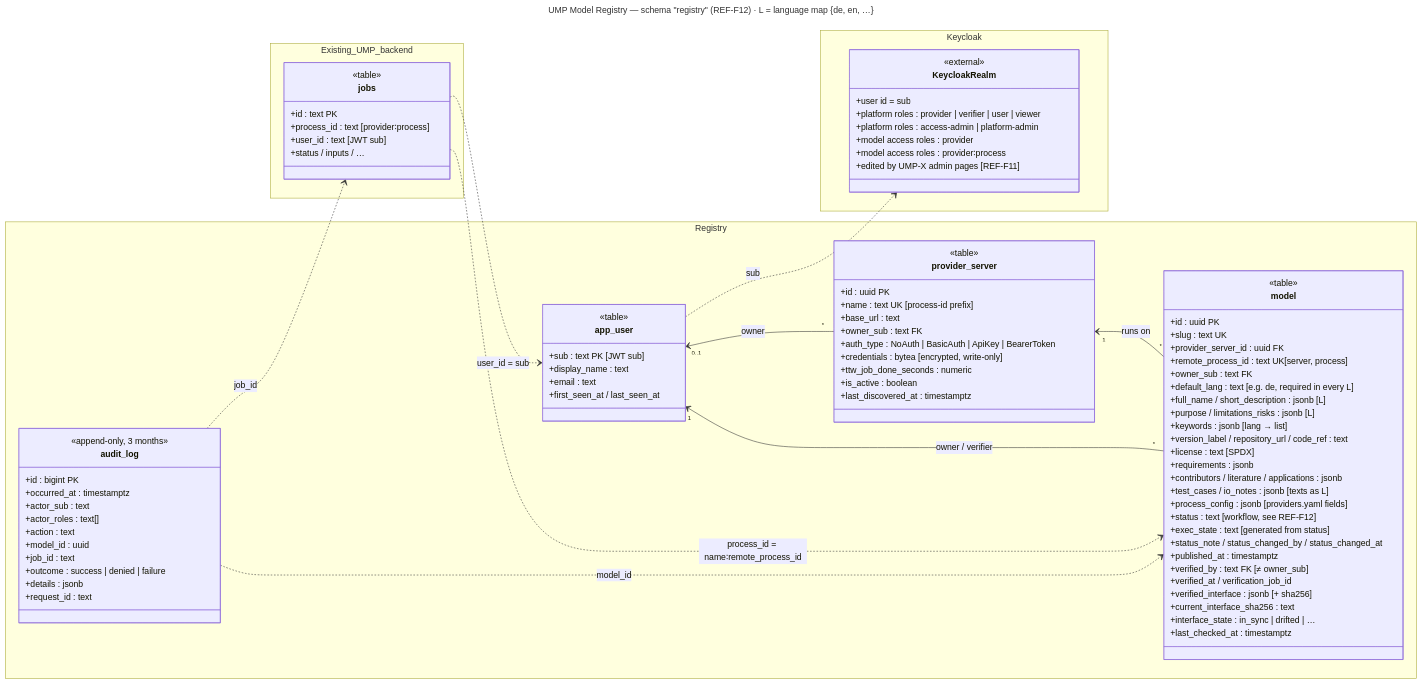
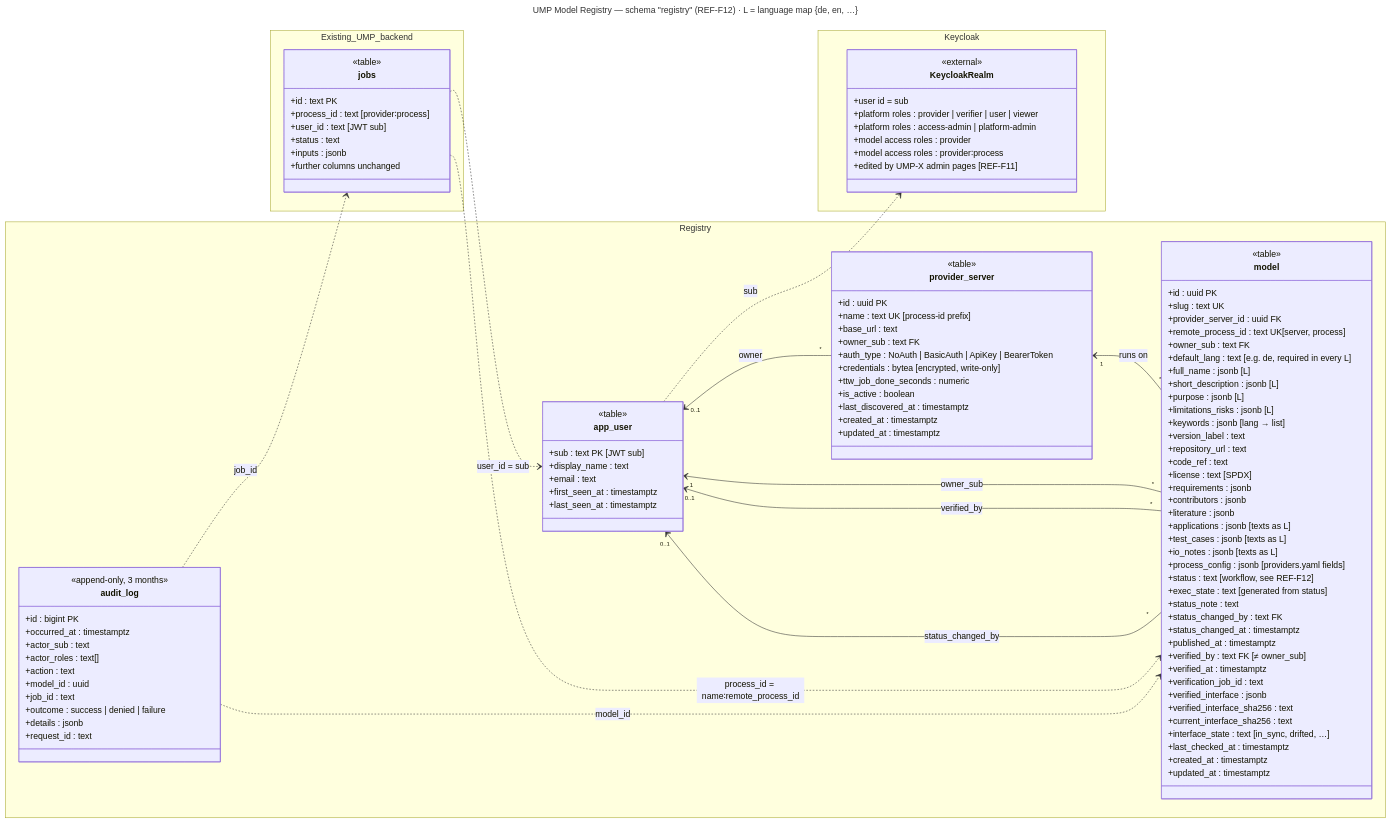
The diagram in docs/diagrams/model-registry-uml.mmd (Urban-Futures-Collective/urban-model-platform), drawn with Mermaid before and after one commit. The commit also changed 2 other files, not shown here.

Commit message:
Refactor code structure for improved readability and maintainability

```diff
--- a/docs/diagrams/model-registry-uml.mmd
+++ b/docs/diagrams/model-registry-uml.mmd
@@ -1,102 +1,122 @@
 ---
 title: UMP Model Registry — schema "registry" (REF-F12) · L = language map {de, en, …}
 config:
   class:
     hideEmptyMembersBox: true
 ---
 classDiagram
 direction LR
 
 namespace Keycloak {
   class KeycloakRealm {
     <<external>>
     +user id = sub
     +platform roles : provider | verifier | user | viewer
     +platform roles : access-admin | platform-admin
     +model access roles : provider
     +model access roles : provider∶process
     +edited by UMP-X admin pages [REF-F11]
   }
 }
 
 namespace Registry {
   class app_user {
     <<table>>
     +sub : text PK  [JWT sub]
     +display_name : text
     +email : text
-    +first_seen_at / last_seen_at
+    +first_seen_at : timestamptz
+    +last_seen_at : timestamptz
   }
   class provider_server {
     <<table>>
     +id : uuid PK
     +name : text UK  [process-id prefix]
     +base_url : text
     +owner_sub : text FK
     +auth_type : NoAuth | BasicAuth | ApiKey | BearerToken
     +credentials : bytea  [encrypted, write-only]
     +ttw_job_done_seconds : numeric
     +is_active : boolean
     +last_discovered_at : timestamptz
+    +created_at : timestamptz
+    +updated_at : timestamptz
   }
   class model {
     <<table>>
     +id : uuid PK
     +slug : text UK
     +provider_server_id : uuid FK
     +remote_process_id : text  UK[server, process]
     +owner_sub : text FK
     +default_lang : text  [e.g. de, required in every L]
-    +full_name / short_description : jsonb  [L]
-    +purpose / limitations_risks : jsonb  [L]
+    +full_name : jsonb  [L]
+    +short_description : jsonb  [L]
+    +purpose : jsonb  [L]
+    +limitations_risks : jsonb  [L]
     +keywords : jsonb  [lang → list]
-    +version_label / repository_url / code_ref : text
+    +version_label : text
+    +repository_url : text
+    +code_ref : text
     +license : text  [SPDX]
     +requirements : jsonb
-    +contributors / literature / applications : jsonb
-    +test_cases / io_notes : jsonb  [texts as L]
+    +contributors : jsonb
+    +literature : jsonb
+    +applications : jsonb  [texts as L]
+    +test_cases : jsonb  [texts as L]
+    +io_notes : jsonb  [texts as L]
     +process_config : jsonb  [providers.yaml fields]
     +status : text  [workflow, see REF-F12]
     +exec_state : text  [generated from status]
-    +status_note / status_changed_by / status_changed_at
+    +status_note : text
+    +status_changed_by : text FK
+    +status_changed_at : timestamptz
     +published_at : timestamptz
     +verified_by : text FK  [≠ owner_sub]
-    +verified_at / verification_job_id
-    +verified_interface : jsonb  [+ sha256]
+    +verified_at : timestamptz
+    +verification_job_id : text
+    +verified_interface : jsonb
+    +verified_interface_sha256 : text
     +current_interface_sha256 : text
-    +interface_state : in_sync | drifted | …
+    +interface_state : text  [in_sync, drifted, …]
     +last_checked_at : timestamptz
+    +created_at : timestamptz
+    +updated_at : timestamptz
   }
   class audit_log {
     <<append-only, 3 months>>
     +id : bigint PK
     +occurred_at : timestamptz
     +actor_sub : text
     +actor_roles : text[]
     +action : text
     +model_id : uuid
     +job_id : text
     +outcome : success | denied | failure
     +details : jsonb
     +request_id : text
   }
 }
 
 namespace Existing_UMP_backend {
   class jobs {
     <<table>>
     +id : text PK
     +process_id : text  [provider∶process]
     +user_id : text  [JWT sub]
-    +status / inputs / …
+    +status : text
+    +inputs : jsonb
+    +further columns unchanged
   }
 }
 
 provider_server "1" <-- "*" model : runs on
-app_user "1" <-- "*" model : owner / verifier
+app_user "1" <-- "*" model : owner_sub
+app_user "0..1" <-- "*" model : verified_by
+app_user "0..1" <-- "*" model : status_changed_by
 app_user "0..1" <-- "*" provider_server : owner
 app_user ..> KeycloakRealm : sub
 jobs ..> model : process_id = name∶remote_process_id
 jobs ..> app_user : user_id = sub
 audit_log ..> model : model_id
 audit_log ..> jobs : job_id
```
